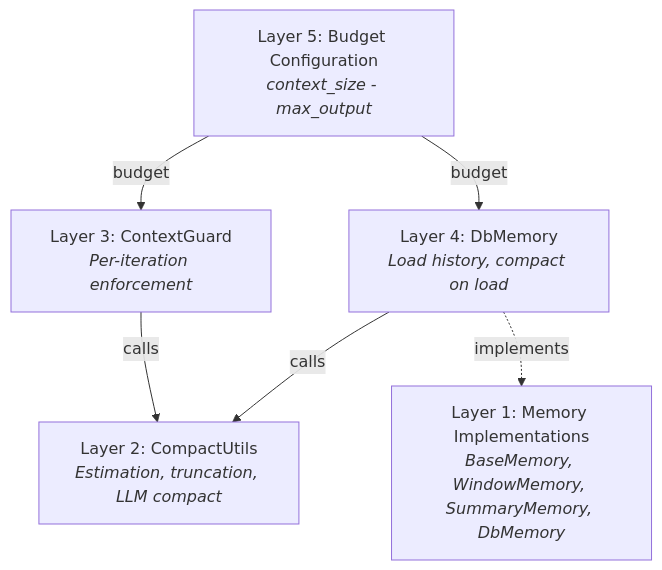
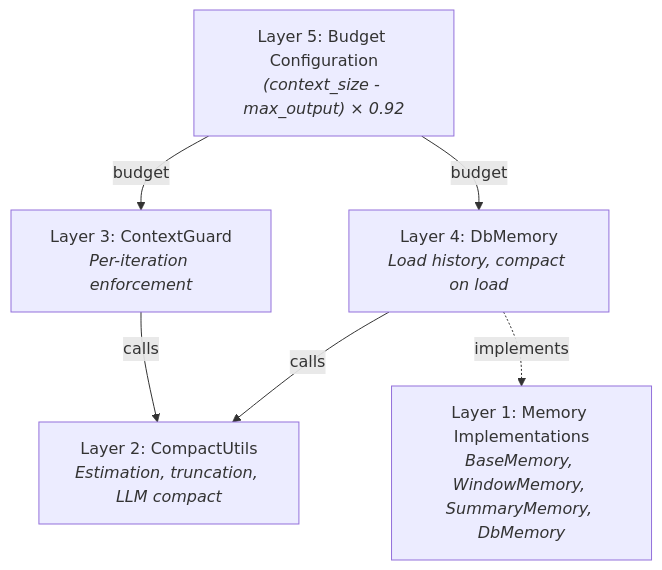
The first of 3 diagrams in docs/architecture/context-management.mdx (fim-ai/fim-one), drawn with Mermaid before and after one commit. The commit also changed other lines of this file and 9 other files, not shown here.

First line of the commit message:
docs(architecture): align engine, hook and discovery pages with the code

````diff
--- a/docs/architecture/context-management.mdx
+++ b/docs/architecture/context-management.mdx
@@ -31,14 +31,14 @@
 ```mermaid
 flowchart TD
-    L5["Layer 5: Budget Configuration<br/><i>context_size - max_output</i>"]
+    L5["Layer 5: Budget Configuration<br/><i>(context_size - max_output) × 0.92</i>"]
     L4["Layer 4: DbMemory<br/><i>Load history, compact on load</i>"]
     L3["Layer 3: ContextGuard<br/><i>Per-iteration enforcement</i>"]
     L2["Layer 2: CompactUtils<br/><i>Estimation, truncation, LLM compact</i>"]
     L1["Layer 1: Memory Implementations<br/><i>BaseMemory, WindowMemory, SummaryMemory, DbMemory</i>"]
 
     L5 -->|"budget"| L4
     L5 -->|"budget"| L3
     L4 -->|"calls"| L2
     L3 -->|"calls"| L2
     L4 -.->|"implements"| L1
 ```
````
